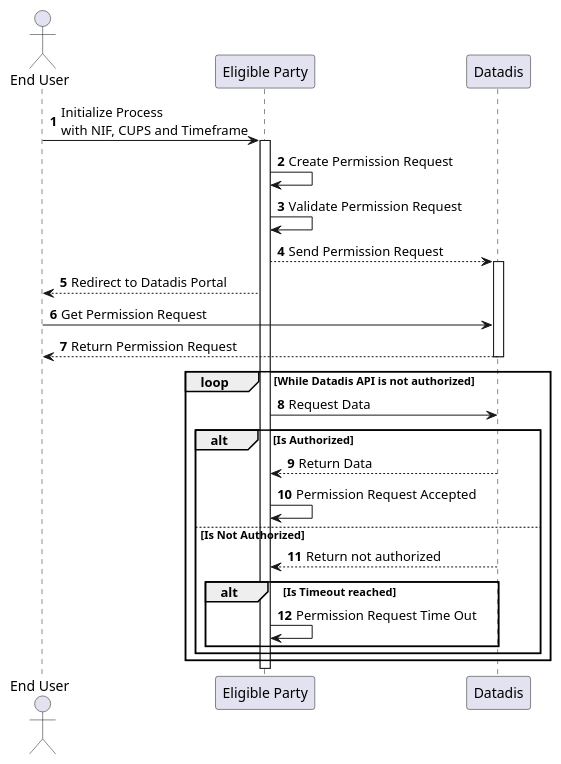
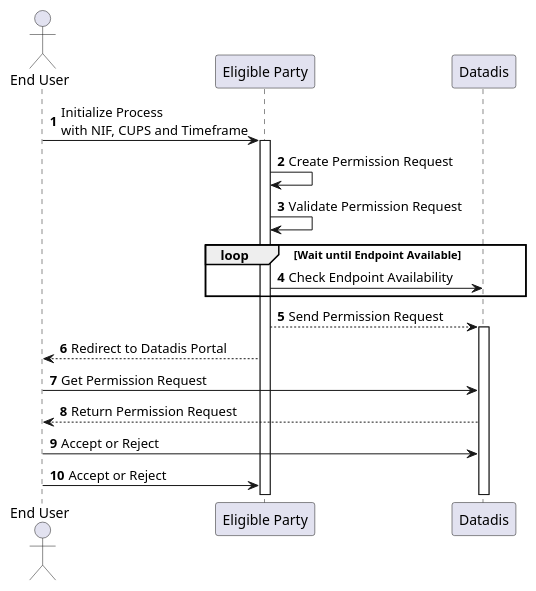
One commit to fweingartshofer/mc-sw-paper changed the diagram in src/assets/datadis/process-model-seq.puml. Above: the diagram before and after it, drawn with PlantUML. The commit also changed 4 other files, not shown here.

```diff
--- a/src/assets/datadis/process-model-seq.puml
+++ b/src/assets/datadis/process-model-seq.puml
@@ -1,29 +1,22 @@
 @startuml
 autonumber
 
 actor user as "End User"
 participant ep as "Eligible Party"
 participant dso as "Datadis"
 
 user -> ep++ : Initialize Process\nwith NIF, CUPS and Timeframe
 ep -> ep : Create Permission Request
 ep -> ep : Validate Permission Request
+loop Wait until Endpoint Available
+  ep -> dso : Check Endpoint Availability
+end
 ep --> dso++ : Send Permission Request
 ep --> user : Redirect to Datadis Portal
 user -> dso : Get Permission Request
-dso --> user-- : Return Permission Request
+dso --> user : Return Permission Request
 
-loop While Datadis API is not authorized
-  ep -> dso: Request Data
-  alt Is Authorized
-    dso --> ep : Return Data
-    ep -> ep : Permission Request Accepted
-  else Is Not Authorized
-    dso --> ep : Return not authorized
-    alt Is Timeout reached
-      ep -> ep : Permission Request Time Out
-    end
-  end
-end
+user -> dso : Accept or Reject
+user -> ep : Accept or Reject
 
 @enduml
```
